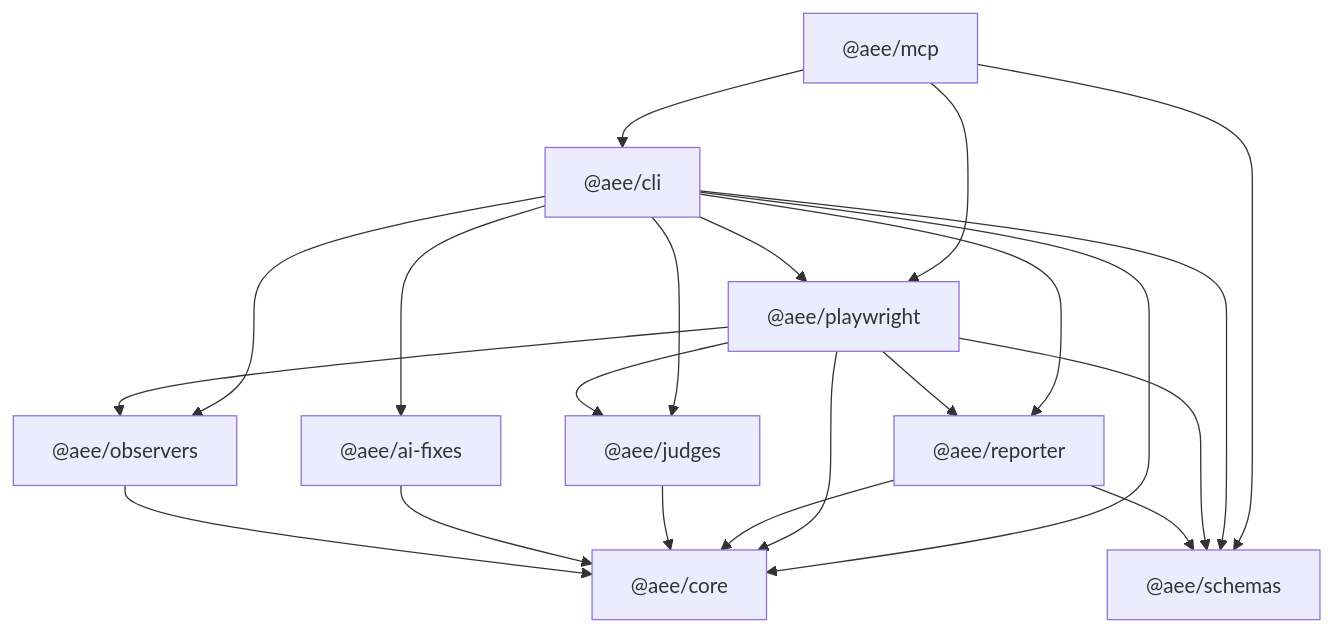
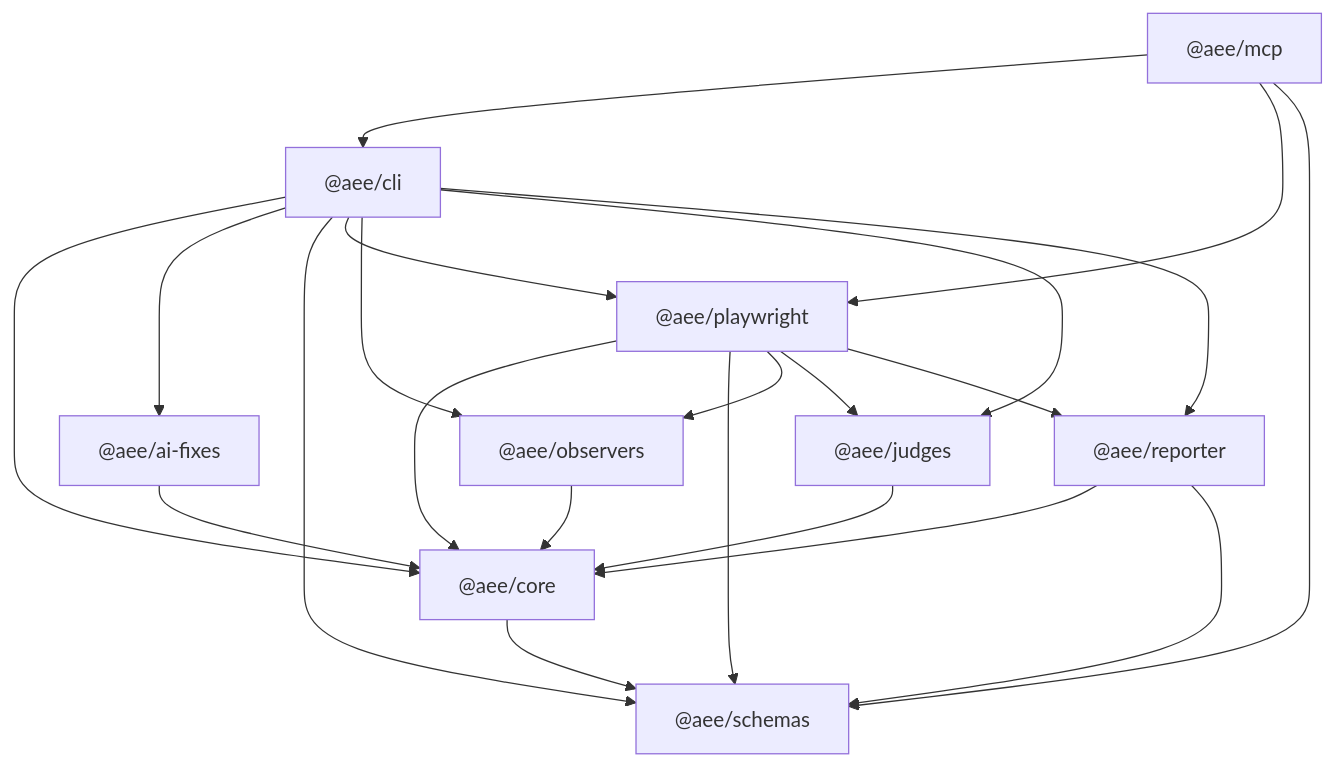
The diagram in docs/architecture.md (Elizabeth1979/accessibility-evidence-engine), drawn with Mermaid before and after one commit. The commit also changed other lines of this file and 50 other files, not shown here.

First line of the commit message:
Generate AEE's evidence types from its schemas (audit C8) (#190)

````diff
--- a/docs/architecture.md
+++ b/docs/architecture.md
@@ -66,33 +66,34 @@
 ```mermaid
 graph TD
   schemas["@aee/schemas"]
   core["@aee/core"]
   aiFixes["@aee/ai-fixes"]
   playwright["@aee/playwright"]
   observers["@aee/observers"]
   judges["@aee/judges"]
   reporter["@aee/reporter"]
   cli["@aee/cli"]
   mcp["@aee/mcp"]
 
+  core --> schemas
   observers --> core
   aiFixes --> core
   judges --> core
   reporter --> core
   reporter --> schemas
   playwright --> core
   playwright --> schemas
   playwright --> observers
   playwright --> judges
   playwright --> reporter
   cli --> core
   cli --> aiFixes
   cli --> schemas
   cli --> playwright
   cli --> observers
   cli --> judges
   cli --> reporter
   mcp --> cli
   mcp --> playwright
   mcp --> schemas
 ```
````
